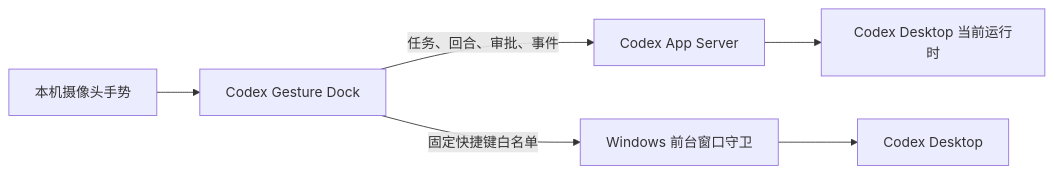
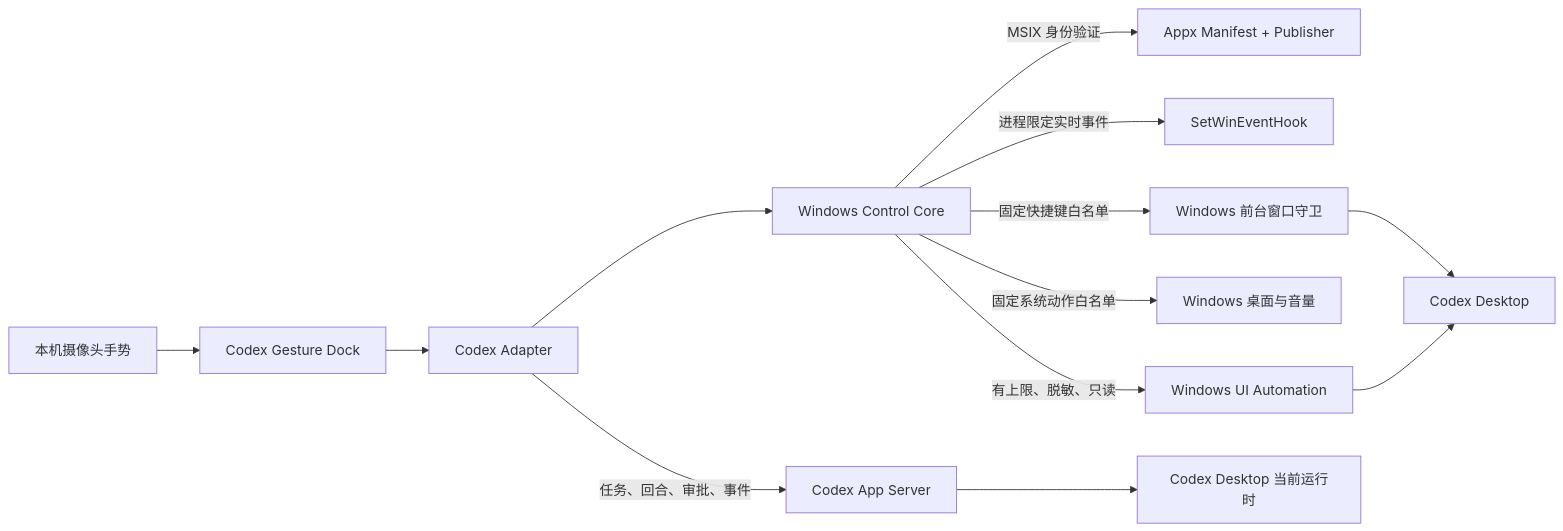
The diagram in docs/windows-desktop-control.md (silverlion2/codex-gesture-dock), drawn with Mermaid before and after one commit. The commit also changed other lines of this file and 33 other files, not shown here.

````diff
--- a/docs/windows-desktop-control.md
+++ b/docs/windows-desktop-control.md
@@ -7,8 +7,15 @@
 ```mermaid
 flowchart LR
   Camera["本机摄像头手势"] --> Dock["Codex Gesture Dock"]
-  Dock -->|"任务、回合、审批、事件"| Server["Codex App Server"]
-  Dock -->|"固定快捷键白名单"| Guard["Windows 前台窗口守卫"]
+  Dock --> Adapter["Codex Adapter"]
+  Adapter -->|"任务、回合、审批、事件"| Server["Codex App Server"]
+  Adapter --> Core["Windows Control Core"]
+  Core -->|"MSIX 身份验证"| Identity["Appx Manifest + Publisher"]
+  Core -->|"进程限定实时事件"| Events["SetWinEventHook"]
+  Core -->|"固定快捷键白名单"| Guard["Windows 前台窗口守卫"]
+  Core -->|"固定系统动作白名单"| System["Windows 桌面与音量"]
+  Core -->|"有上限、脱敏、只读"| UIA["Windows UI Automation"]
   Guard --> Desktop["Codex Desktop"]
+  UIA --> Desktop
   Server --> Runtime["Codex Desktop 当前运行时"]
 ```
````
